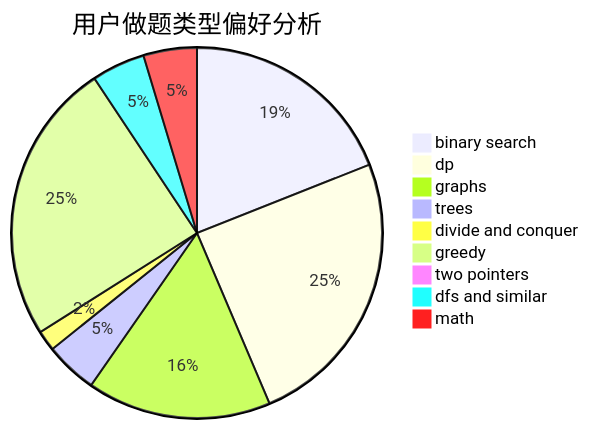
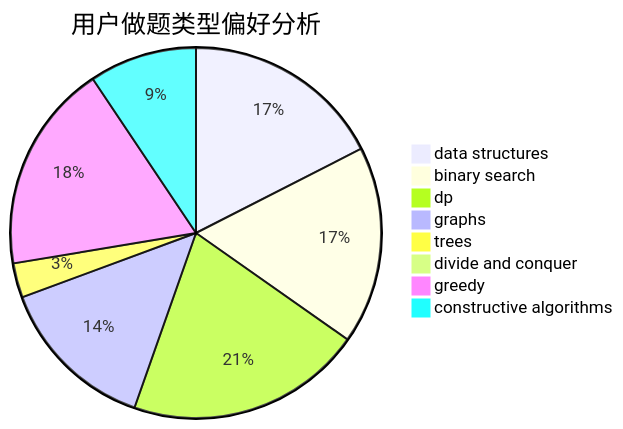
Before and after one commit to sherpahu/cfrs.github.io: the second of 3 diagrams in docs/user/u26.md, drawn with Mermaid. The commit also changed other lines of this file and 2775 other files, not shown here.

````diff
--- a/docs/user/u26.md
+++ b/docs/user/u26.md
@@ -23,12 +23,11 @@
 ```mermaid
 pie title 用户做题类型偏好分析
-    "binary search" :  383
-    "dp" :  496
-    "graphs" :  324
-    "trees" :  92
-    "divide and conquer" :  36
-    "greedy" :  497
-    "two pointers" :  1
-    "dfs and similar" :  94
-    "math" :  94
+    "data structures" :  378
+    "binary search" :  373
+    "dp" :  446
+    "graphs" :  302
+    "trees" :  65
+    "divide and conquer" :  8
+    "greedy" :  394
+    "constructive algorithms" :  203
 ```
````
